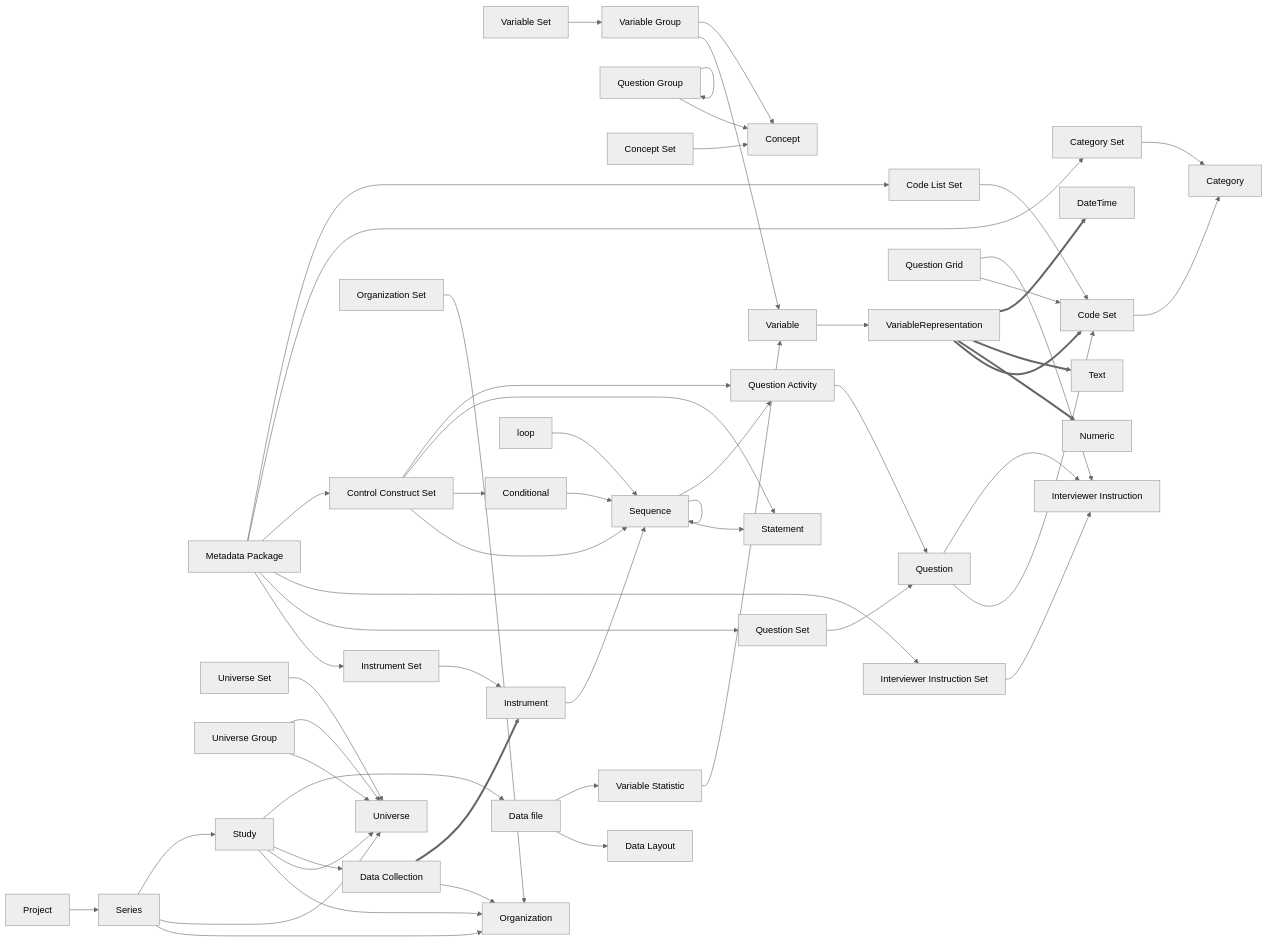
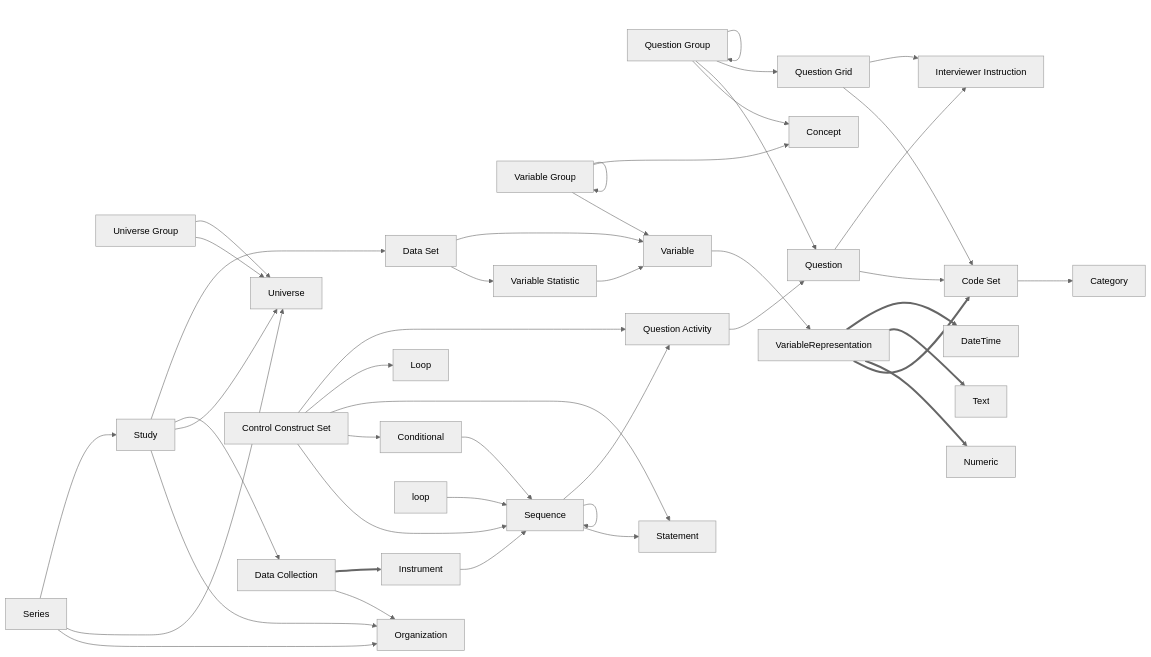
One commit to CLOSER-Cohorts/colectica-api changed the diagram in README.md. Above: the diagram before and after it, drawn with Mermaid (neutral theme).

Commit message:
Removed extraneous packaging from diagram
Removed extraneous packaging from diagram to aid readability

````diff
--- a/README.md
+++ b/README.md
@@ -30,58 +30,46 @@
 ```mermaid
 graph LR
-  VS[Variable Set] --> VG[Variable Group]
   QGr[Question Group] --> Concept
+  QGr[Question Group] --> Question
+  QGr[Question Group] --> QG[Question Grid]
   QGr[Question Group] --> QGr[Question Group]
   VG[Variable Group] --> Variable
+  VG[Variable Group] --> VG[Variable Group]
   VG[Variable Group] --> Concept
-  CS[Concept Set] --> Concept
-  MetP[Metadata Package] --> InS[Instrument Set]
-  MetP[Metadata Package] --> QuS[Question Set]
-  MetP[Metadata Package] --> IIS[Interviewer Instruction Set]
-  MetP[Metadata Package] --> CCS[Control Construct Set]
-  MetP[Metadata Package] --> CaS[Category Set]
-  MetP[Metadata Package] --> CLS[Code List Set]
-  QuS[Question Set] --> Question
-  OrS[Organization Set] -->  Organization
-  UnS[Universe Set] --> Universe
   UnG[Universe Group] --> Universe
-  Project --> Series
   Series --> Organization
   Series --> Universe
   Series --> Study
   Study --> Organization
   Study --> Universe
   Study --> DaC[Data Collection]
-  Study --> DaF[Data File]
+  Study --> DaS[Data Set]
   DaC[Data Collection] --> Organization
   DaC[Data Collection] ==> Instrument
   UnG[Universe Group] --> Universe
-  InS[Instrument Set] --> Instrument
   Instrument --> Sequence
   Sequence --> Sequence
   Sequence --> Statement
   Sequence --> QA[Question Activity]
   QA[Question Activity] --> Question
   QG[Question Grid] --> CoS[Code Set]
   QG[Question Grid] --> II[Interviewer Instruction]
   Question --> CoS[Code Set]
   Question --> II[Interviewer Instruction]
-  CLS[Code List Set] --> CoS[Code Set]
   CoS --> Category
-  CaS[Category Set] --> Category
   CCS[Control Construct Set] --> Sequence
   Conditional --> Sequence
   CCS[Control Construct Set] --> Conditional
   CCS[Control Construct Set] --> Statement
+  CCS[Control Construct Set] --> Loop
   CCS[Control Construct Set] --> QA[Question Activity]
-  DaF[Data file] --> DL[Data Layout]
-  DaF[Data file] --> VaS[Variable Statistic]
+  DaS[Data Set] --> VaS[Variable Statistic]
+  DaS[Data Set] --> Variable
   VaS[Variable Statistic] --> Variable
   Variable --> VariableRepresentation
   VariableRepresentation ==> CoS[Code Set]
   VariableRepresentation ==> Numeric
   VariableRepresentation ==> Text
   VariableRepresentation ==> DateTime
-  IIS[Interviewer Instruction Set] --> II[Interviewer Instruction]
   loop --> Sequence
 ```
````
